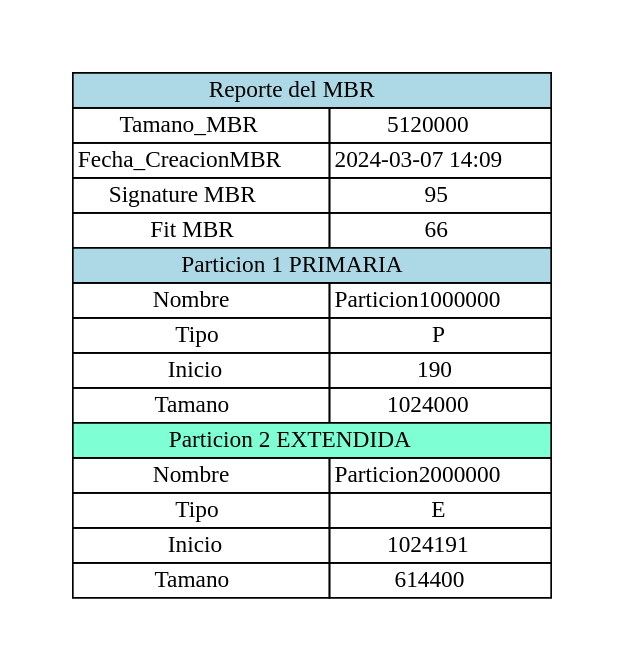
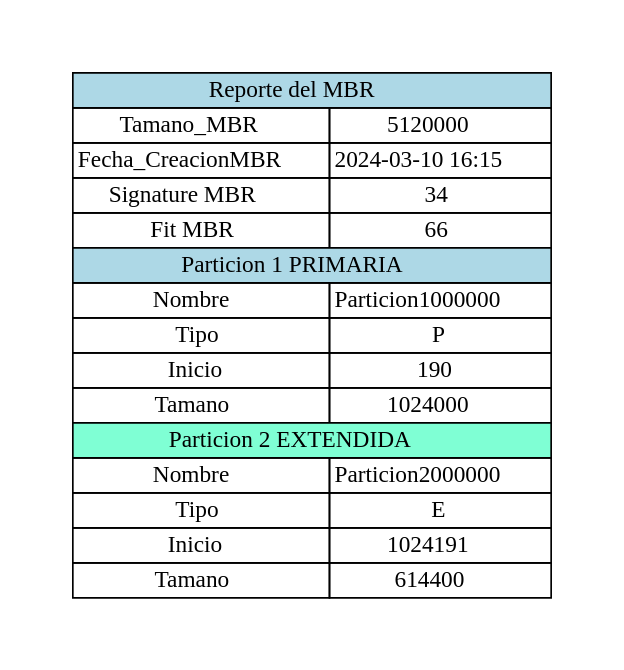
Before and after one commit to Ssolares0/MIA_P1_202004822: the diagram in Reportes/reporte1.jpgA.dot, drawn with Graphviz. The commit also changed 16 other files, not shown here.

```diff
--- a/Reportes/reporte1.jpgA.dot
+++ b/Reportes/reporte1.jpgA.dot
@@ -1,1 +1,1 @@
-digraph { graph [pad="0.5", nodesep="0.5", ranksep="2", splines="ortho"];node [shape=plain]rankdir=LR;Foo [label=<<table border="0" cellborder="1" cellspacing="0"><tr><td colspan="2" bgcolor="lightblue">Reporte del MBR</td></tr><tr><td>Tamano_MBR</td><td>5120000</td></tr><tr><td>Fecha_CreacionMBR</td><td>2024-03-07 14:09</td></tr><tr><td>Signature MBR</td><td>95</td></tr><tr><td>Fit MBR</td><td>66</td></tr><tr><td colspan="2" bgcolor="lightblue">Particion 1 PRIMARIA</td></tr><tr><td>Nombre</td><td>Particion1000000</td></tr><tr><td>Tipo</td><td>P</td></tr><tr><td>Inicio</td><td>190</td></tr><tr><td>Tamano</td><td>1024000</td></tr><tr><td colspan="2" bgcolor="aquamarine1">Particion 2 EXTENDIDA</td></tr><tr><td>Nombre</td><td>Particion2000000</td></tr><tr><td>Tipo</td><td>E</td></tr><tr><td>Inicio</td><td>1024191</td></tr><tr><td>Tamano</td><td>614400</td></tr></table>>];}
+digraph { graph [pad="0.5", nodesep="0.5", ranksep="2", splines="ortho"];node [shape=plain]rankdir=LR;Foo [label=<<table border="0" cellborder="1" cellspacing="0"><tr><td colspan="2" bgcolor="lightblue">Reporte del MBR</td></tr><tr><td>Tamano_MBR</td><td>5120000</td></tr><tr><td>Fecha_CreacionMBR</td><td>2024-03-10 16:15</td></tr><tr><td>Signature MBR</td><td>34</td></tr><tr><td>Fit MBR</td><td>66</td></tr><tr><td colspan="2" bgcolor="lightblue">Particion 1 PRIMARIA</td></tr><tr><td>Nombre</td><td>Particion1000000</td></tr><tr><td>Tipo</td><td>P</td></tr><tr><td>Inicio</td><td>190</td></tr><tr><td>Tamano</td><td>1024000</td></tr><tr><td colspan="2" bgcolor="aquamarine1">Particion 2 EXTENDIDA</td></tr><tr><td>Nombre</td><td>Particion2000000</td></tr><tr><td>Tipo</td><td>E</td></tr><tr><td>Inicio</td><td>1024191</td></tr><tr><td>Tamano</td><td>614400</td></tr></table>>];}
```
